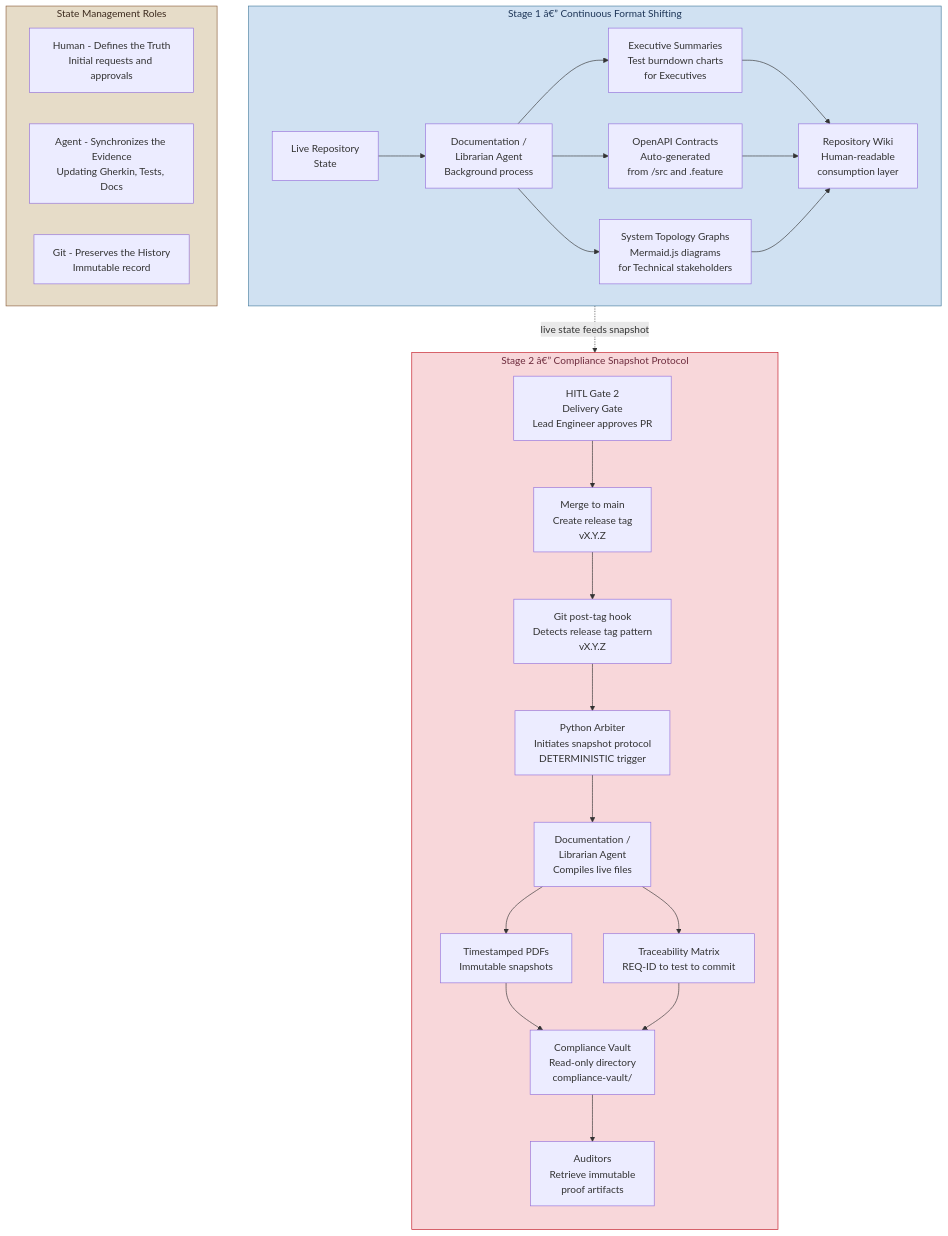
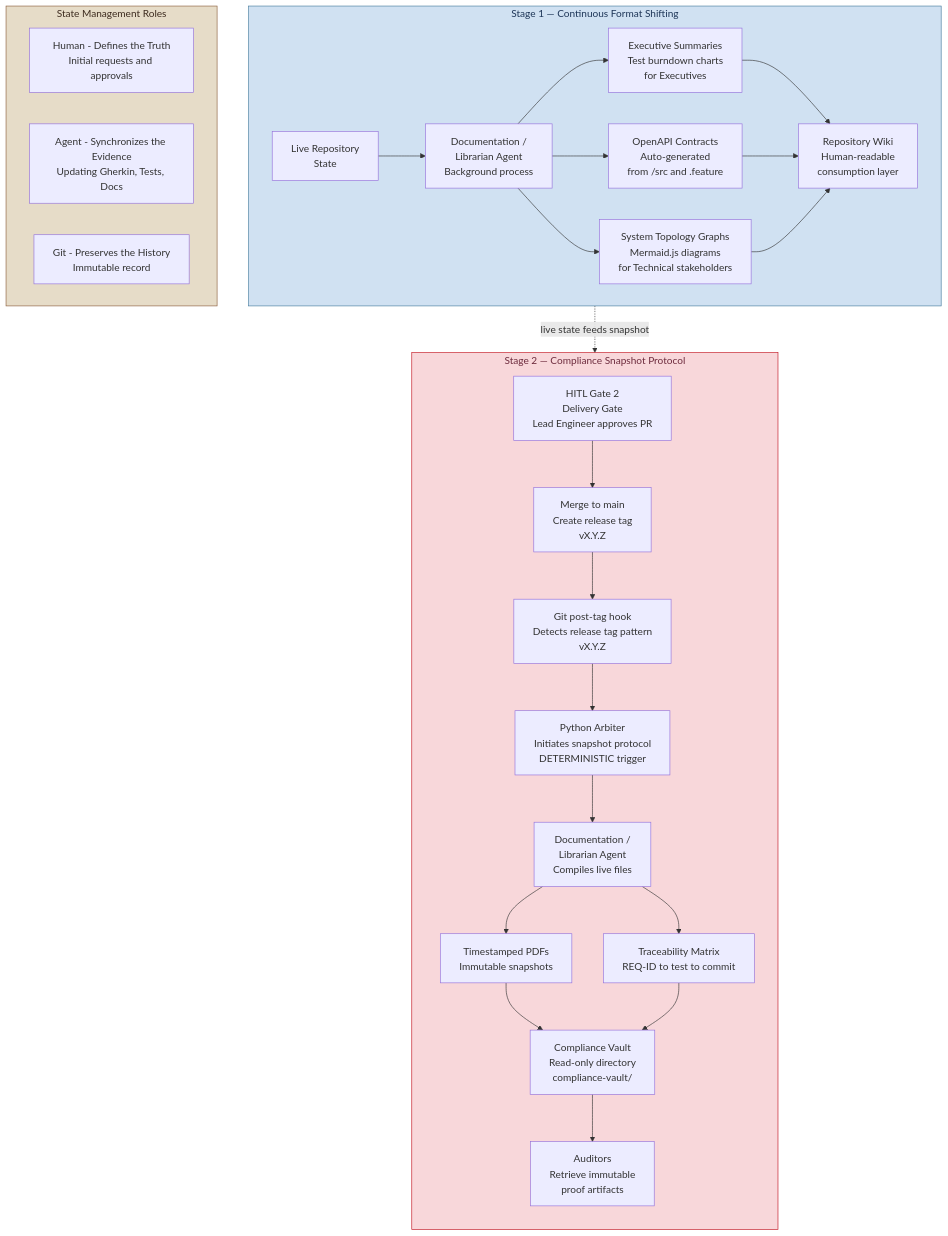
Before and after one commit to nghiaphan31/agentic-workbench-lab: the third of 3 diagrams in diagrams/04-adhoc-and-pivot.md, drawn with Mermaid. The commit also changed other lines of this file and 7 other files, not shown here.

````diff
--- a/diagrams/04-adhoc-and-pivot.md
+++ b/diagrams/04-adhoc-and-pivot.md
@@ -183,76 +185,76 @@
 ```mermaid
 flowchart TD
-    subgraph CONTINUOUS["Stage 1 â€” Continuous Format Shifting"]
+    subgraph CONTINUOUS["Stage 1 — Continuous Format Shifting"]
         direction LR
         REPO[Live Repository
 State] --> DOCAGENT[Documentation /
 Librarian Agent
 Background process]
 
         DOCAGENT --> EXEC[Executive Summaries
 Test burndown charts
 for Executives]
         DOCAGENT --> API[OpenAPI Contracts
 Auto-generated
 from /src and .feature]
         DOCAGENT --> TOPO[System Topology Graphs
 Mermaid.js diagrams
 for Technical stakeholders]
 
         EXEC --> WIKI[Repository Wiki
 Human-readable
 consumption layer]
         API --> WIKI
         TOPO --> WIKI
     end
 
-    subgraph SNAPSHOT["Stage 2 â€” Compliance Snapshot Protocol"]
+    subgraph SNAPSHOT["Stage 2 — Compliance Snapshot Protocol"]
         direction TB
         DELIVERY[HITL Gate 2
 Delivery Gate
 Lead Engineer approves PR] --> MERGE[Merge to main
 Create release tag
 vX.Y.Z]
 
         MERGE --> GITHOOK[Git post-tag hook
 Detects release tag pattern
 vX.Y.Z]
         GITHOOK --> ARBITER_SNAP[Python Arbiter
 Initiates snapshot protocol
 DETERMINISTIC trigger]
 
         ARBITER_SNAP --> DOCAGENT2[Documentation /
 Librarian Agent
 Compiles live files]
 
         DOCAGENT2 --> PDF[Timestamped PDFs
 Immutable snapshots]
         DOCAGENT2 --> MATRIX[Traceability Matrix
 REQ-ID to test to commit]
 
         PDF --> VAULT[Compliance Vault
 Read-only directory
 compliance-vault/]
         MATRIX --> VAULT
 
         VAULT --> AUDITOR[Auditors
 Retrieve immutable
 proof artifacts]
     end
 
     CONTINUOUS -.->|live state feeds snapshot| SNAPSHOT
 
     subgraph ROLES["State Management Roles"]
         direction LR
         R1[Human - Defines the Truth
 Initial requests and approvals]
         R2[Agent - Synchronizes the Evidence
 Updating Gherkin, Tests, Docs]
         R3[Git - Preserves the History
 Immutable record]
     end
 
     style CONTINUOUS fill:#d0e1f2,color:#1d3557,stroke:#457b9d
     style SNAPSHOT fill:#f8d7da,color:#6d2b3d,stroke:#c1121f
     style ROLES fill:#e6dcc8,color:#3d2b1f,stroke:#8b5e3c
 ```
````
